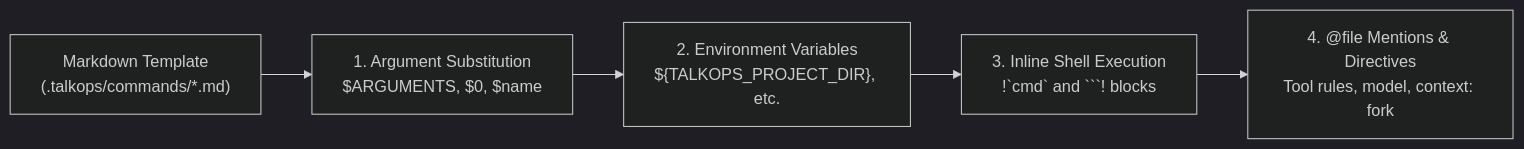
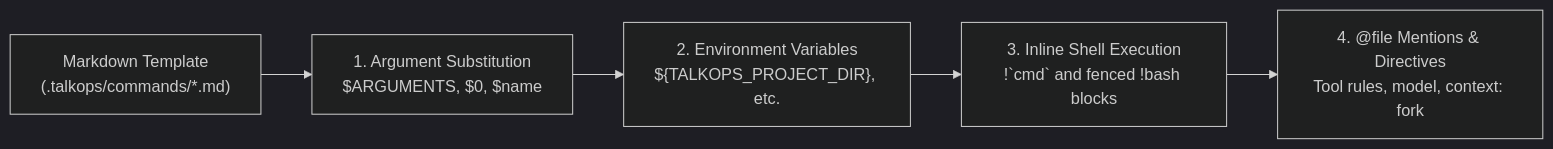
Before and after one commit to talkops-ai/talkops: the diagram in docs/talkops-docs/custom-commands.md, drawn with Mermaid (dark theme). The commit also changed 24 other files, not shown here.

````diff
--- a/docs/talkops-docs/custom-commands.md
+++ b/docs/talkops-docs/custom-commands.md
@@ -152,7 +152,7 @@
 ```mermaid
 flowchart LR
-    RAW["Markdown Template\n(.talkops/commands/*.md)"] --> ARGS["1. Argument Substitution\n$ARGUMENTS, $0, $name"]
-    ARGS --> ENV["2. Environment Variables\n${TALKOPS_PROJECT_DIR}, etc."]
-    ENV --> SHELL["3. Inline Shell Execution\n!`cmd` and ```! blocks"]
-    SHELL --> FILES["4. @file Mentions & Directives\nTool rules, model, context: fork"]
+    RAW["Markdown Template<br/>(.talkops/commands/*.md)"] --> ARGS["1. Argument Substitution<br/>$ARGUMENTS, $0, $name"]
+    ARGS --> ENV["2. Environment Variables<br/>${TALKOPS_PROJECT_DIR}, etc."]
+    ENV --> SHELL["3. Inline Shell Execution<br/>!`cmd` and fenced !bash blocks"]
+    SHELL --> FILES["4. @file Mentions & Directives<br/>Tool rules, model, context: fork"]
 ```
````
